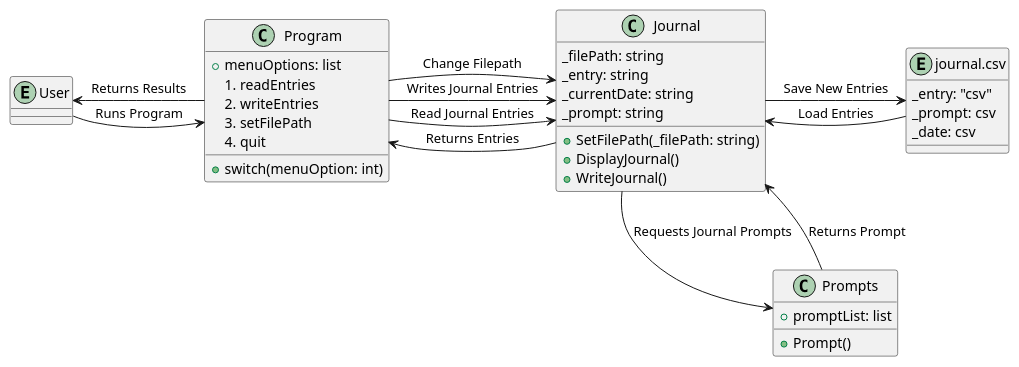
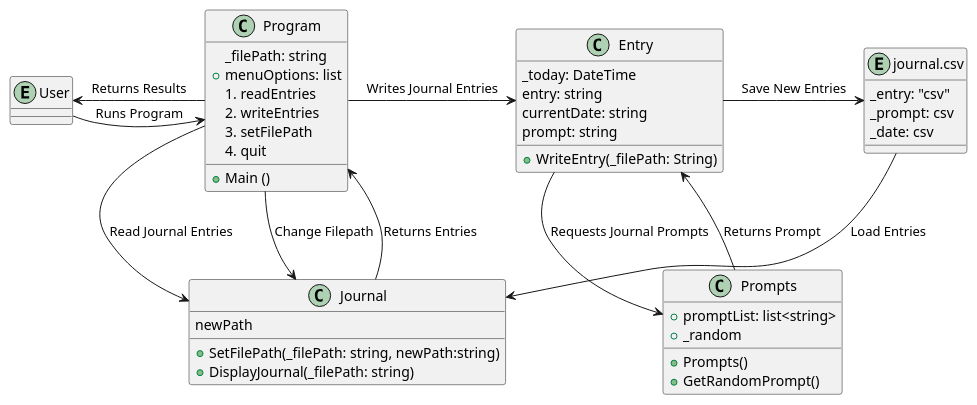
Before and after one commit to hwalkermerrill/cse210-programming-with-classes: the diagram in prove/Develop02/classUML.wsd, drawn with PlantUML.

Commit message:
update class uml to reflect current program

```diff
--- a/prove/Develop02/classUML.wsd
+++ b/prove/Develop02/classUML.wsd
@@ -1,48 +1,55 @@
 @startuml
 entity User
 entity "journal.csv" as CSVFile {
   _entry: "csv"
   _prompt: csv
   _date: csv
 }
 
 class Program {
+  _filePath: string
   +menuOptions: list
     1. readEntries
     2. writeEntries
     3. setFilePath
     4. quit
-  +switch(menuOption: int)
+  +Main ()
 }
 
 class Journal {
-  _filePath: string
-  _entry: string
-  _currentDate: string
-  _prompt: string
-  +SetFilePath(_filePath: string)
-  +DisplayJournal()
-  +WriteJournal()
+  newPath
+  +SetFilePath(_filePath: string, newPath:string)
+  +DisplayJournal(_filePath: string)
 }
 
 class Prompts {
-  +promptList: list
-  +Prompt()
+  +promptList: list<string>
+  +_random
+  +Prompts()
+  +GetRandomPrompt()
+}
+
+class Entry {
+  _today: DateTime
+  entry: string
+  currentDate: string
+  prompt: string
+  +WriteEntry(_filePath: String)
 }
 
 User -> Program: Runs Program
 Program --> User: Returns Results
 
 Program -> Journal: Read Journal Entries
-Program -> Journal: Writes Journal Entries
+Program -> Entry: Writes Journal Entries
 Program -> Journal: Change Filepath
 Journal --> Program: Returns Entries
 
-Journal -> Prompts: Requests Journal Prompts
-Prompts --> Journal: Returns Prompt
+Entry -> Prompts: Requests Journal Prompts
+Prompts --> Entry: Returns Prompt
 
-Journal -> CSVFile: Save New Entries
+Entry -> CSVFile: Save New Entries
 CSVFile --> Journal: Load Entries
 
 CSVFile -[hidden]-> Prompts
 @enduml
```
